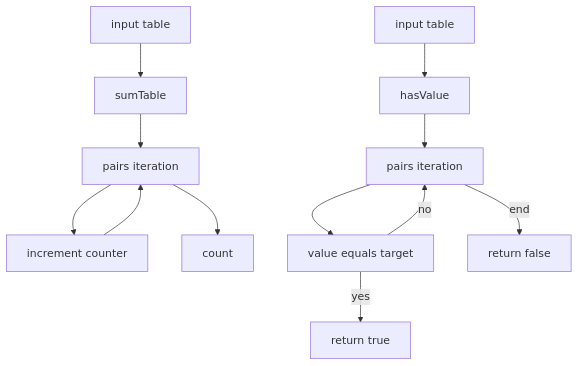
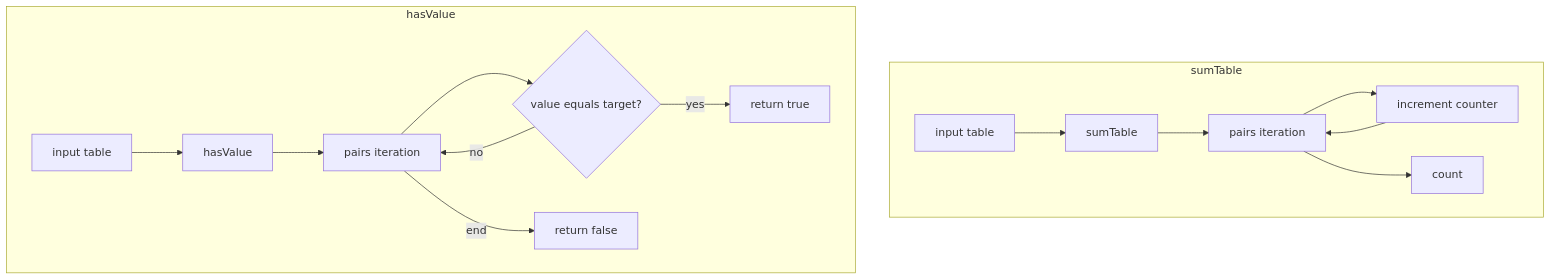
One commit to Gh0st352/AETHR changed the first of 2 diagrams in docs/utils/collections_and_membership.md. Above: the diagram before and after it, drawn with Mermaid. The commit also changed other lines of this file and 7 other files, not shown here.

First line of the commit message:
docs(utils, mermaid): normalize diagrams, restructure subgraphs and standardize classes

````diff
--- a/docs/utils/collections_and_membership.md
+++ b/docs/utils/collections_and_membership.md
@@ -14,15 +14,26 @@
 ```mermaid
+%% shared theme: docs/_mermaid/theme.json %%
 flowchart TD
+subgraph "sumTable"
   TBL[input table] --> SUM[sumTable]
   SUM --> LOOP[pairs iteration]
   LOOP --> CNT[increment counter]
   CNT --> LOOP
   LOOP --> OUT[count]
+end
 
+subgraph "hasValue"
   TBL2[input table] --> HV[hasValue]
   HV --> ITER[pairs iteration]
-  ITER --> EQ[value equals target]
-  EQ -->|yes| TRUE[return true]
-  EQ -->|no| ITER
-  ITER -->|end| FALSE[return false]
+  ITER --> EQ{value equals target?}
+  EQ -- "yes" --> TRUE[return true]
+  EQ -- "no" --> ITER
+  ITER -- "end" --> FALSE[return false]
+end
+
+class TBL,TBL2 class_io;
+class SUM,HV class_compute;
+class LOOP,ITER class_step;
+class CNT class_compute;
+class OUT,TRUE,FALSE class_result;
 ```
````
